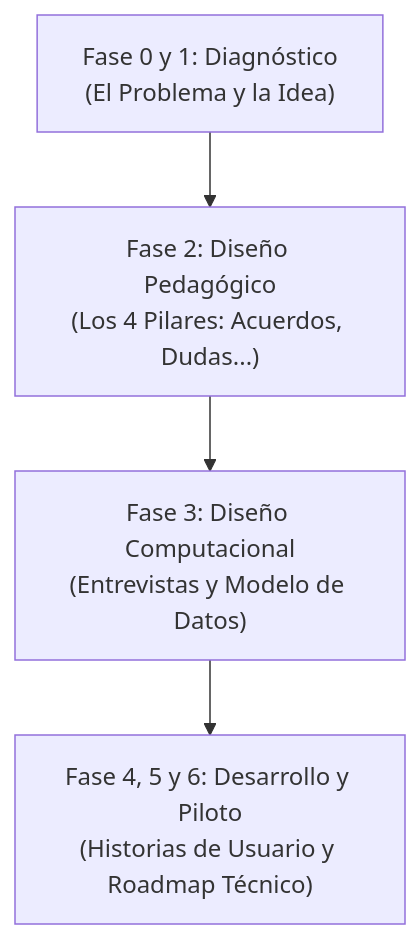
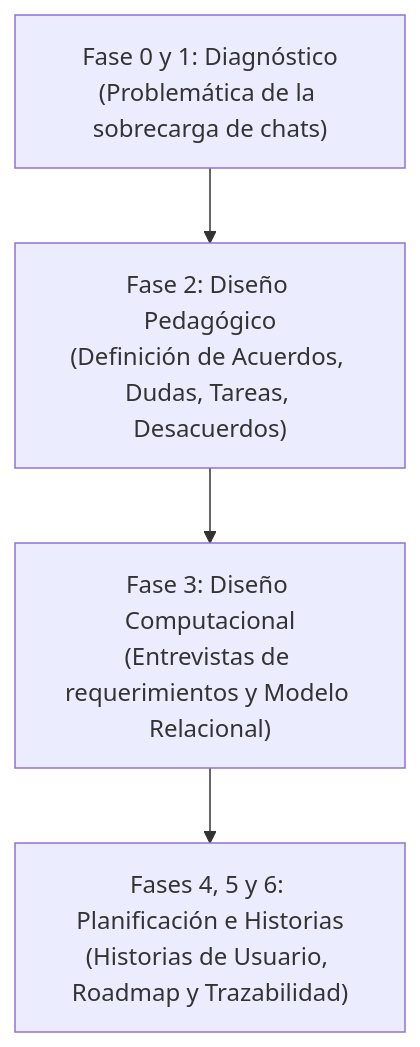
Before and after one commit to JoseDanielDurango/sicoco-modesec: the diagram in SICOCO/13_resumen_y_presentacion.md, drawn with Mermaid. The commit also changed other lines of this file, not shown here.

````diff
--- a/SICOCO/13_resumen_y_presentacion.md
+++ b/SICOCO/13_resumen_y_presentacion.md
@@ -13,6 +13,6 @@
 ```mermaid
 graph TD
-    A["Fase 0 y 1: Diagnóstico<br>(El Problema y la Idea)"] --> B["Fase 2: Diseño Pedagógico<br>(Los 4 Pilares: Acuerdos, Dudas...)"]
-    B --> C["Fase 3: Diseño Computacional<br>(Entrevistas y Modelo de Datos)"]
-    C --> D["Fase 4, 5 y 6: Desarrollo y Piloto<br>(Historias de Usuario y Roadmap Técnico)"]
+    A["Fase 0 y 1: Diagnóstico<br>(Problemática de la sobrecarga de chats)"] --> B["Fase 2: Diseño Pedagógico<br>(Definición de Acuerdos, Dudas, Tareas, Desacuerdos)"]
+    B --> C["Fase 3: Diseño Computacional<br>(Entrevistas de requerimientos y Modelo Relacional)"]
+    C --> D["Fases 4, 5 y 6: Planificación e Historias<br>(Historias de Usuario, Roadmap y Trazabilidad)"]
 ```
````
